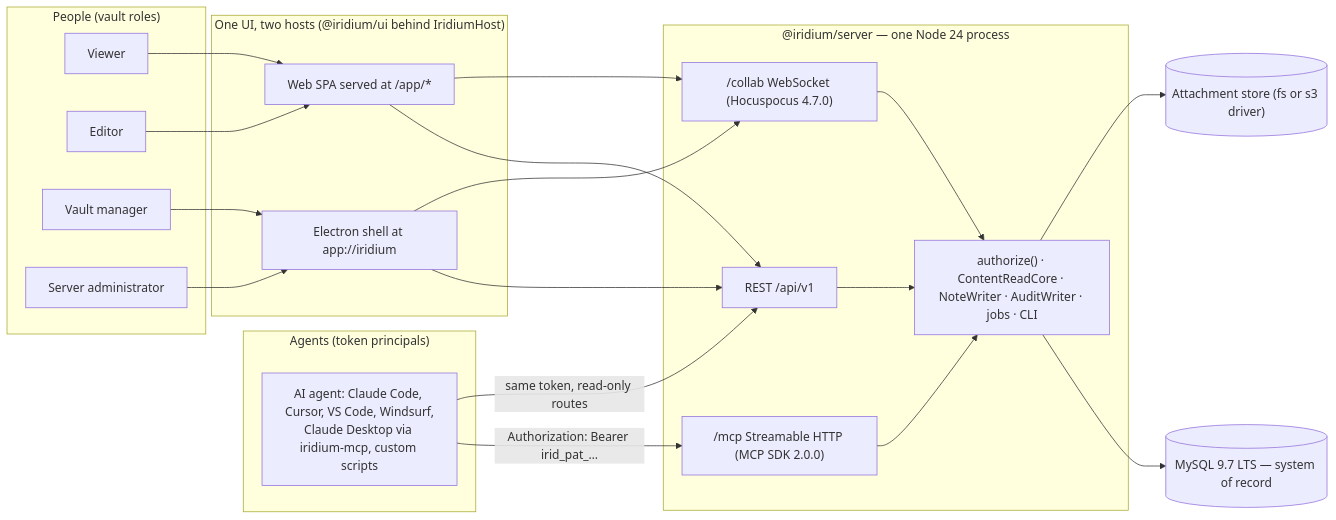
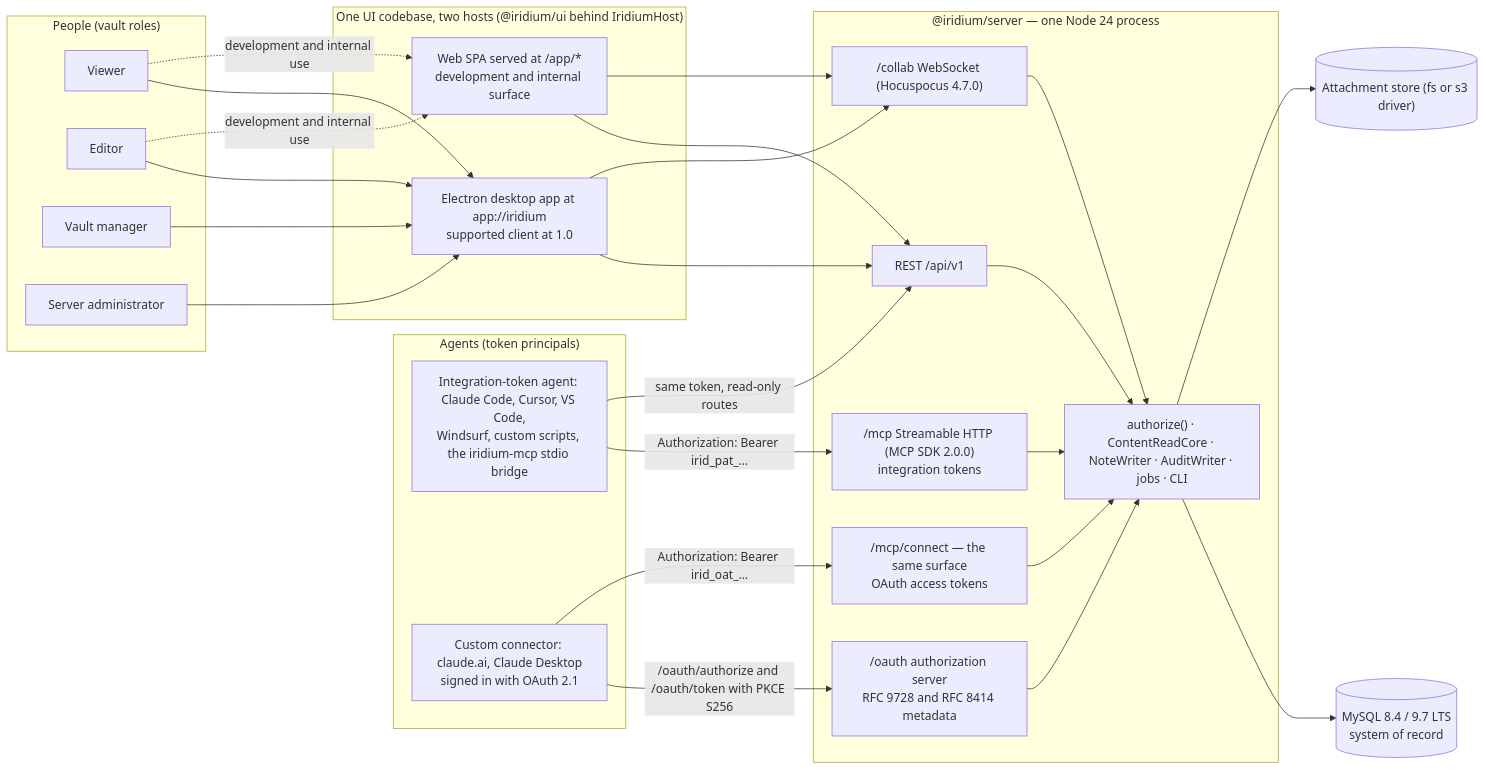
One commit to Mythikos/iridium changed the first of 2 diagrams in docs/plan/01-vision-scope-and-principles.md. Above: the diagram before and after it, drawn with Mermaid. The commit also changed other lines of this file and 15 other files, not shown here.

````diff
--- a/docs/plan/01-vision-scope-and-principles.md
+++ b/docs/plan/01-vision-scope-and-principles.md
@@ -41,39 +41,48 @@
 ```mermaid
 flowchart LR
   subgraph People["People (vault roles)"]
     V["Viewer"]
     E["Editor"]
     M["Vault manager"]
     A["Server administrator"]
   end
   subgraph Agents["Agents (token principals)"]
-    AG["AI agent: Claude Code, Cursor, VS Code, Windsurf,<br/>Claude Desktop via iridium-mcp, custom scripts"]
+    AG["Integration-token agent: Claude Code, Cursor, VS Code,<br/>Windsurf, custom scripts, the iridium-mcp stdio bridge"]
+    CX["Custom connector: claude.ai, Claude Desktop<br/>signed in with OAuth 2.1"]
   end
-  subgraph Clients["One UI, two hosts (@iridium/ui behind IridiumHost)"]
-    WEB["Web SPA served at /app/*"]
-    DESK["Electron shell at app://iridium"]
+  subgraph Clients["One UI codebase, two hosts (@iridium/ui behind IridiumHost)"]
+    DESK["Electron desktop app at app://iridium<br/>supported client at 1.0"]
+    WEB["Web SPA served at /app/*<br/>development and internal surface"]
   end
   subgraph Server["@iridium/server — one Node 24 process"]
     REST["REST /api/v1"]
     COLLAB["/collab WebSocket (Hocuspocus 4.7.0)"]
-    MCP["/mcp Streamable HTTP (MCP SDK 2.0.0)"]
+    MCP["/mcp Streamable HTTP (MCP SDK 2.0.0)<br/>integration tokens"]
+    MCPC["/mcp/connect — the same surface<br/>OAuth access tokens"]
+    OAUTH["/oauth authorization server<br/>RFC 9728 and RFC 8414 metadata"]
     CORE["authorize() · ContentReadCore · NoteWriter · AuditWriter · jobs · CLI"]
   end
-  DB[("MySQL 9.7 LTS — system of record")]
+  DB[("MySQL 8.4 / 9.7 LTS<br/>system of record")]
   FS[("Attachment store (fs or s3 driver)")]
-  V --> WEB
-  E --> WEB
+  V --> DESK
+  E --> DESK
   M --> DESK
   A --> DESK
+  V -.->|"development and internal use"| WEB
+  E -.->|"development and internal use"| WEB
   WEB --> REST
   WEB --> COLLAB
   DESK --> REST
   DESK --> COLLAB
   AG -->|"Authorization: Bearer irid_pat_…"| MCP
   AG -->|"same token, read-only routes"| REST
+  CX -->|"/oauth/authorize and /oauth/token with PKCE S256"| OAUTH
+  CX -->|"Authorization: Bearer irid_oat_…"| MCPC
   REST --> CORE
   COLLAB --> CORE
   MCP --> CORE
+  MCPC --> CORE
+  OAUTH --> CORE
   CORE --> DB
   CORE --> FS
 ```
````
